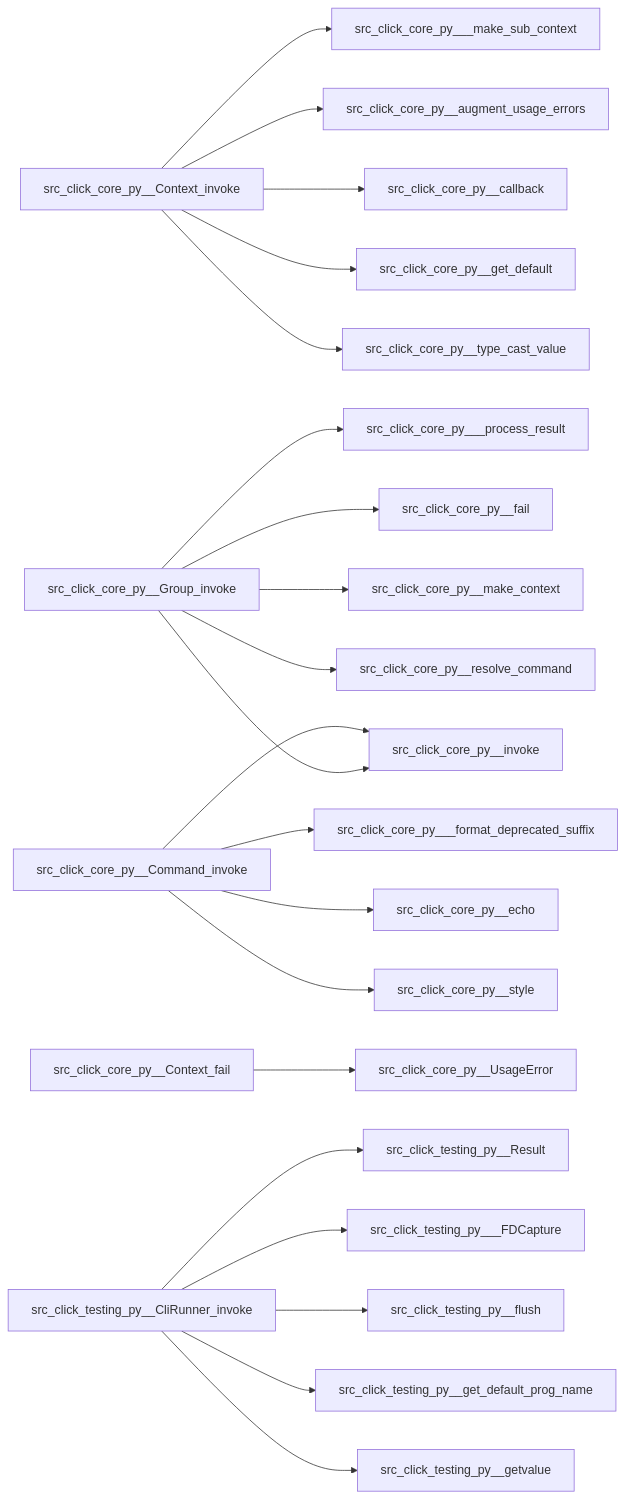
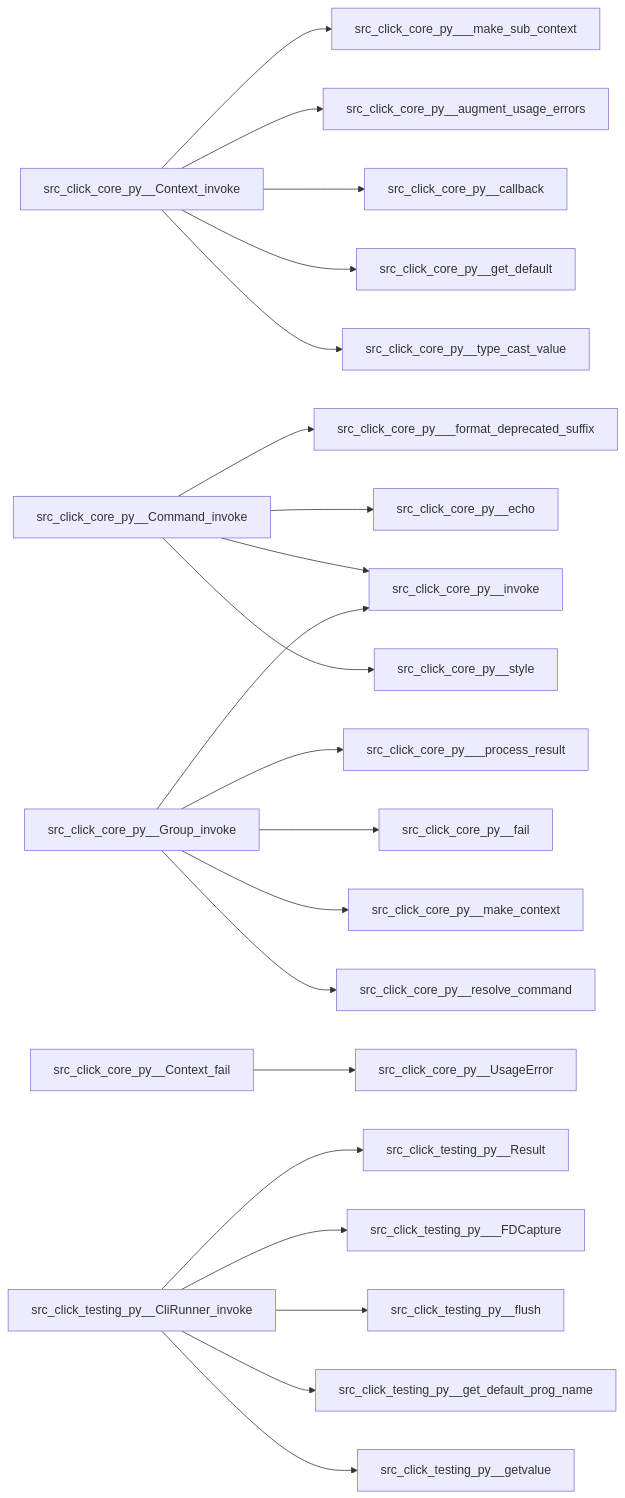
The diagram in kb/requirements/click-req-3896.md (zhanglunet/req-code-kb), drawn with Mermaid before and after one commit. The commit also changed other lines of this file and 13 other files, not shown here.

````diff
--- a/kb/requirements/click-req-3896.md
+++ b/kb/requirements/click-req-3896.md
@@ -55,23 +55,23 @@
 ```mermaid
 flowchart LR
     src_click_core_py__Context_invoke --> src_click_core_py___make_sub_context
     src_click_core_py__Context_invoke --> src_click_core_py__augment_usage_errors
     src_click_core_py__Context_invoke --> src_click_core_py__callback
     src_click_core_py__Context_invoke --> src_click_core_py__get_default
     src_click_core_py__Context_invoke --> src_click_core_py__type_cast_value
+    src_click_core_py__Command_invoke --> src_click_core_py___format_deprecated_suffix
+    src_click_core_py__Command_invoke --> src_click_core_py__echo
+    src_click_core_py__Command_invoke --> src_click_core_py__invoke
+    src_click_core_py__Command_invoke --> src_click_core_py__style
     src_click_core_py__Group_invoke --> src_click_core_py___process_result
     src_click_core_py__Group_invoke --> src_click_core_py__fail
     src_click_core_py__Group_invoke --> src_click_core_py__invoke
     src_click_core_py__Group_invoke --> src_click_core_py__make_context
     src_click_core_py__Group_invoke --> src_click_core_py__resolve_command
-    src_click_core_py__Command_invoke --> src_click_core_py___format_deprecated_suffix
-    src_click_core_py__Command_invoke --> src_click_core_py__echo
-    src_click_core_py__Command_invoke --> src_click_core_py__invoke
-    src_click_core_py__Command_invoke --> src_click_core_py__style
     src_click_core_py__Context_fail --> src_click_core_py__UsageError
     src_click_testing_py__CliRunner_invoke --> src_click_testing_py__Result
     src_click_testing_py__CliRunner_invoke --> src_click_testing_py___FDCapture
     src_click_testing_py__CliRunner_invoke --> src_click_testing_py__flush
     src_click_testing_py__CliRunner_invoke --> src_click_testing_py__get_default_prog_name
     src_click_testing_py__CliRunner_invoke --> src_click_testing_py__getvalue
 ```
````
